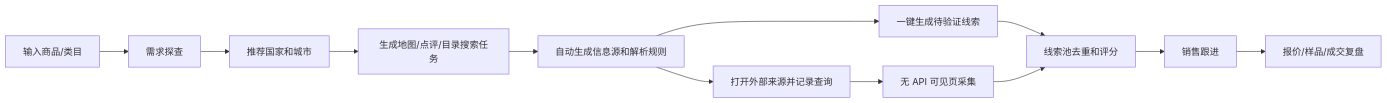
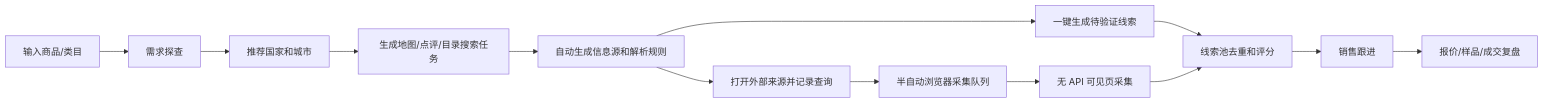
Before and after one commit to LeeTimeTrue1999/globaltrade-autopilot: the diagram in docs/B2B_LEAD_GENERATION_PLAN.md, drawn with Mermaid. The commit also changed other lines of this file and 3 other files, not shown here.

````diff
--- a/docs/B2B_LEAD_GENERATION_PLAN.md
+++ b/docs/B2B_LEAD_GENERATION_PLAN.md
@@ -21,14 +22,15 @@
 ```mermaid
 flowchart LR
   A["输入商品/类目"] --> B["需求探查"]
   B --> C["推荐国家和城市"]
   C --> D["生成地图/点评/目录搜索任务"]
   D --> E["自动生成信息源和解析规则"]
   E --> F["一键生成待验证线索"]
   E --> G["打开外部来源并记录查询"]
-  G --> H["无 API 可见页采集"]
+  G --> H["半自动浏览器采集队列"]
+  H --> L["无 API 可见页采集"]
   F --> I["线索池去重和评分"]
-  H --> I
+  L --> I
   I --> J["销售跟进"]
   J --> K["报价/样品/成交复盘"]
 ```
````
